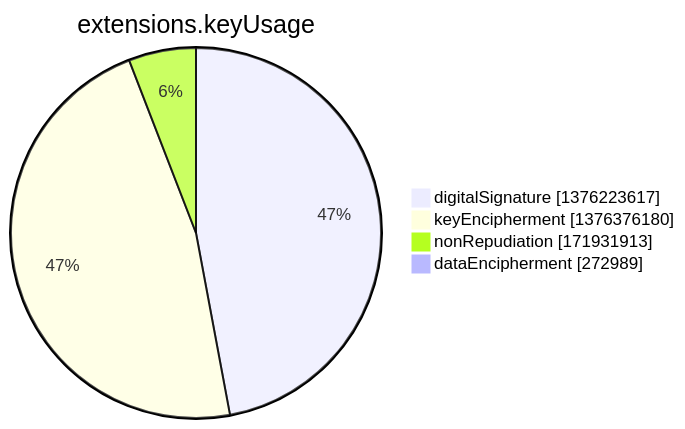
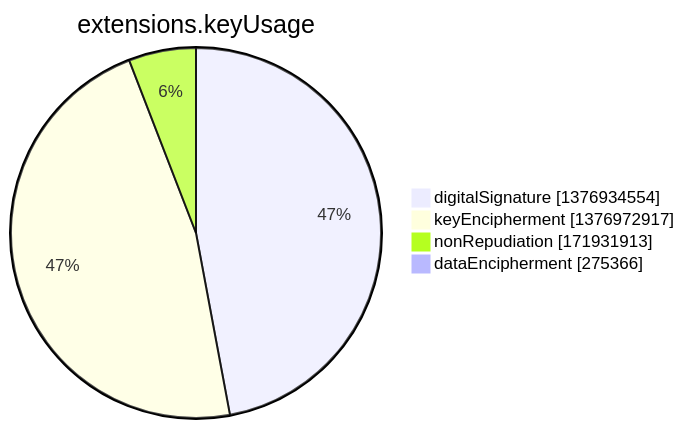
One commit to christiankrug/ctmonitor_visualization changed the seventh of 15 diagrams in argon2022/README.md. Above: the diagram before and after it, drawn with Mermaid. The commit also changed other lines of this file, not shown here.

````diff
--- a/argon2022/README.md
+++ b/argon2022/README.md
@@ -2751,8 +2751,8 @@
 ```mermaid
 pie showData
 title extensions.keyUsage
-"digitalSignature" :1376223617
-"keyEncipherment" :1376376180
+"digitalSignature" :1376934554
+"keyEncipherment" :1376972917
 "nonRepudiation" :171931913
-"dataEncipherment" :272989
+"dataEncipherment" :275366
 ```
````
